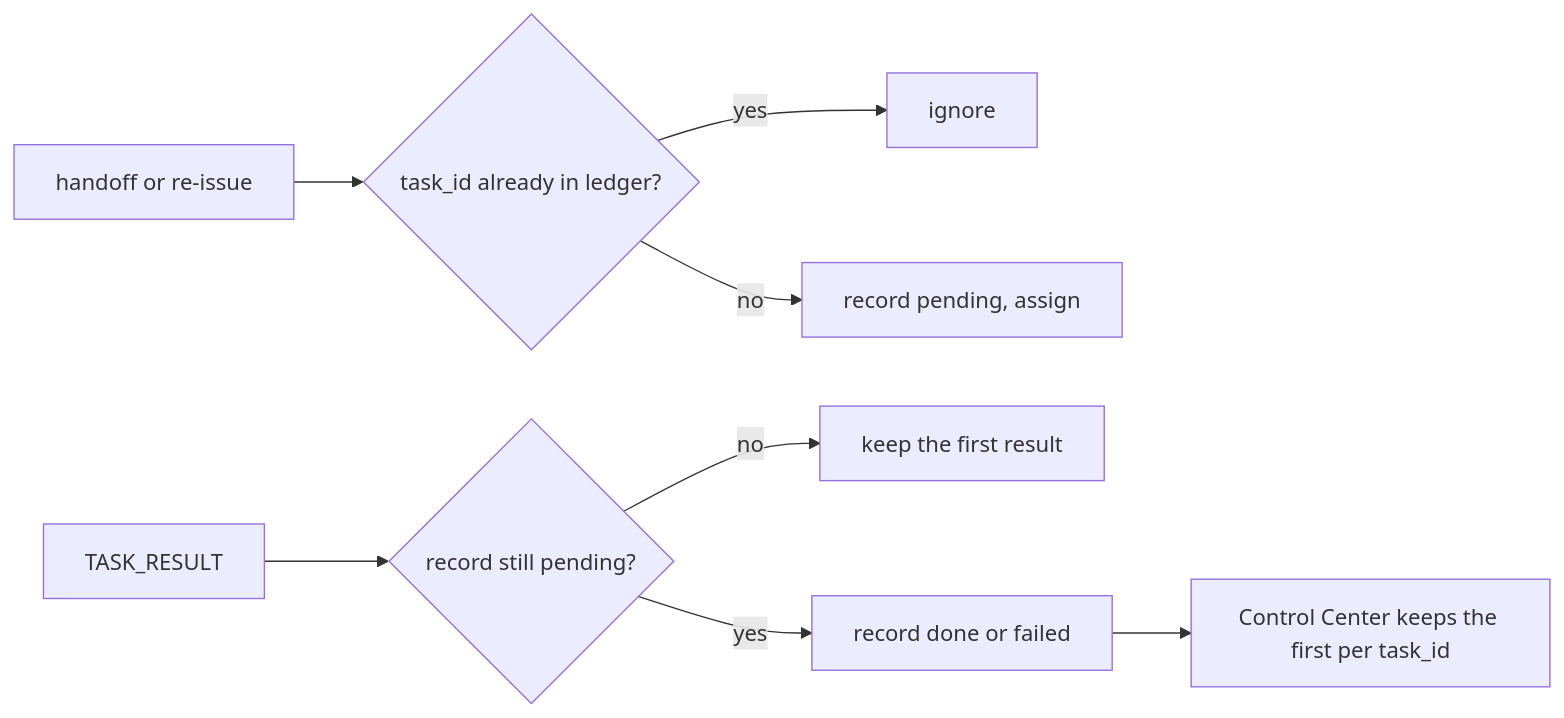
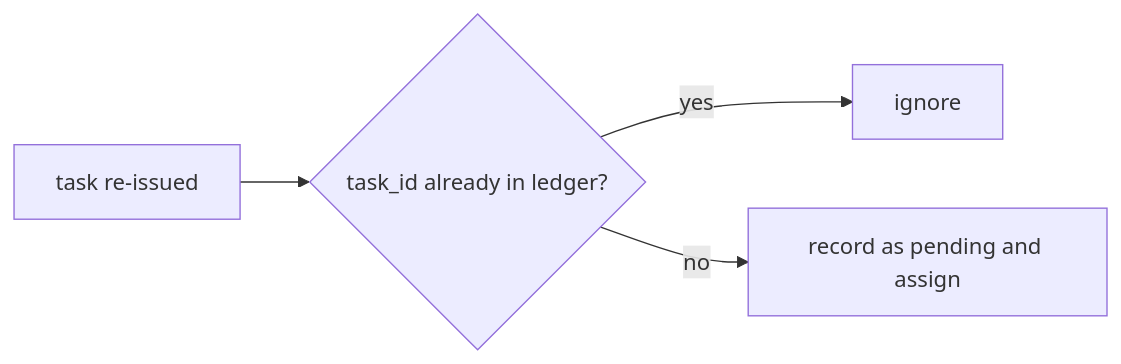
The diagram in docs/concepts/at-least-once-delivery.md (Aditya-Jyoti/swarm-communication), drawn with Mermaid before and after one commit. The commit also changed other lines of this file and 3 other files, not shown here.

````diff
--- a/docs/concepts/at-least-once-delivery.md
+++ b/docs/concepts/at-least-once-delivery.md
@@ -100,10 +26,6 @@
 ```mermaid
 flowchart LR
-    H[handoff or re-issue] --> LT{task_id already in ledger?}
-    LT -->|yes| I[ignore]
-    LT -->|no| A[record pending, assign]
-    R[TASK_RESULT] --> P{record still pending?}
-    P -->|no| K[keep the first result]
-    P -->|yes| D[record done or failed]
-    D --> CC[Control Center keeps the first per task_id]
+    A[task re-issued] --> B{task_id already in ledger?}
+    B -->|yes| C[ignore]
+    B -->|no| D[record as pending and assign]
 ```
````
